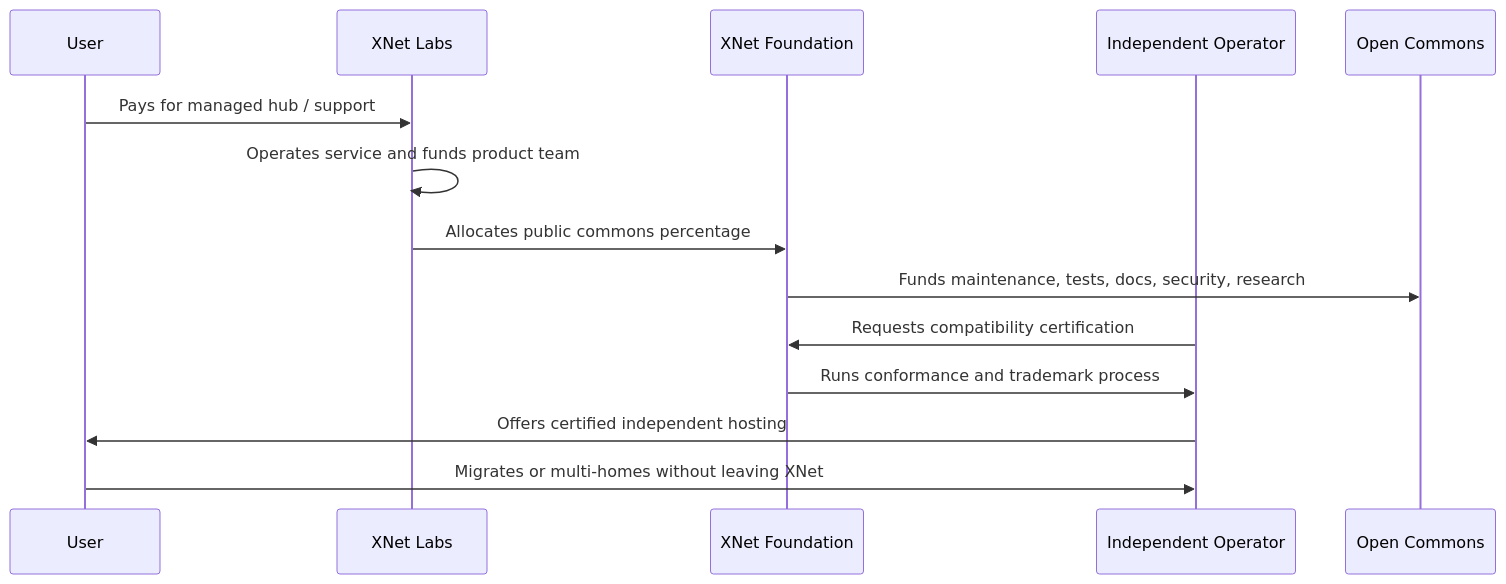
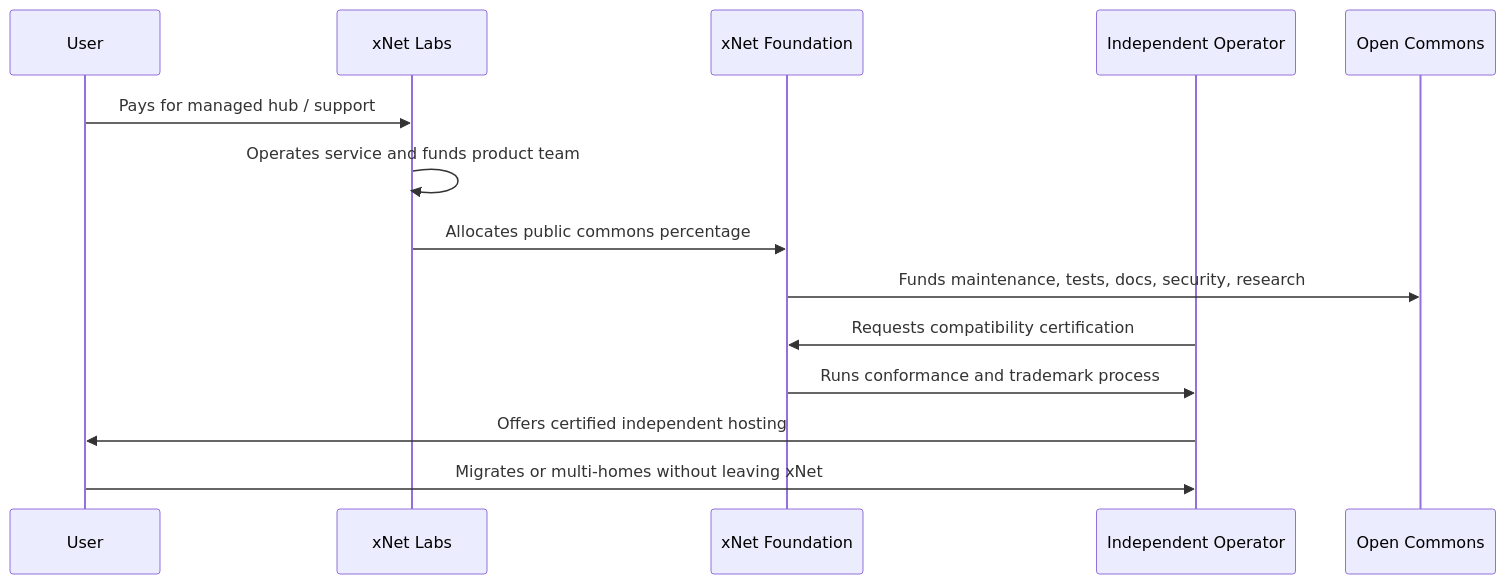
One commit to crs48/xNet changed the fifth of 7 diagrams in docs/explorations/0145_[_]_FOUNDATION_MODELS_LEGAL_ORGANIZING_STRUCTURES_FOR_XNET_MISSION_ALIGNED_GOVERNANCE.md. Above: the diagram before and after it, drawn with Mermaid. The commit also changed other lines of this file and 22 other files, not shown here.

````diff
--- a/docs/explorations/0145_[_]_FOUNDATION_MODELS_LEGAL_ORGANIZING_STRUCTURES_FOR_XNET_MISSION_ALIGNED_GOVERNANCE.md
+++ b/docs/explorations/0145_[_]_FOUNDATION_MODELS_LEGAL_ORGANIZING_STRUCTURES_FOR_XNET_MISSION_ALIGNED_GOVERNANCE.md
@@ -831,17 +831,17 @@
 ```mermaid
 sequenceDiagram
     participant User
-    participant Labs as XNet Labs
-    participant Foundation as XNet Foundation
+    participant Labs as xNet Labs
+    participant Foundation as xNet Foundation
     participant Operator as Independent Operator
     participant Commons as Open Commons
 
     User->>Labs: Pays for managed hub / support
     Labs->>Labs: Operates service and funds product team
     Labs->>Foundation: Allocates public commons percentage
     Foundation->>Commons: Funds maintenance, tests, docs, security, research
     Operator->>Foundation: Requests compatibility certification
     Foundation->>Operator: Runs conformance and trademark process
     Operator->>User: Offers certified independent hosting
-    User->>Operator: Migrates or multi-homes without leaving XNet
+    User->>Operator: Migrates or multi-homes without leaving xNet
 ```
````
